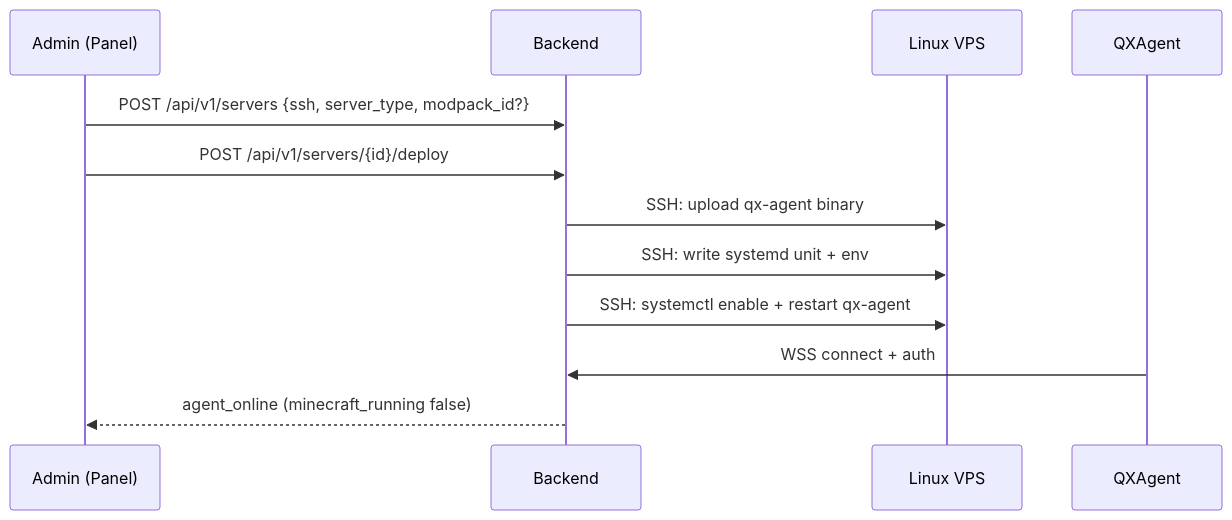
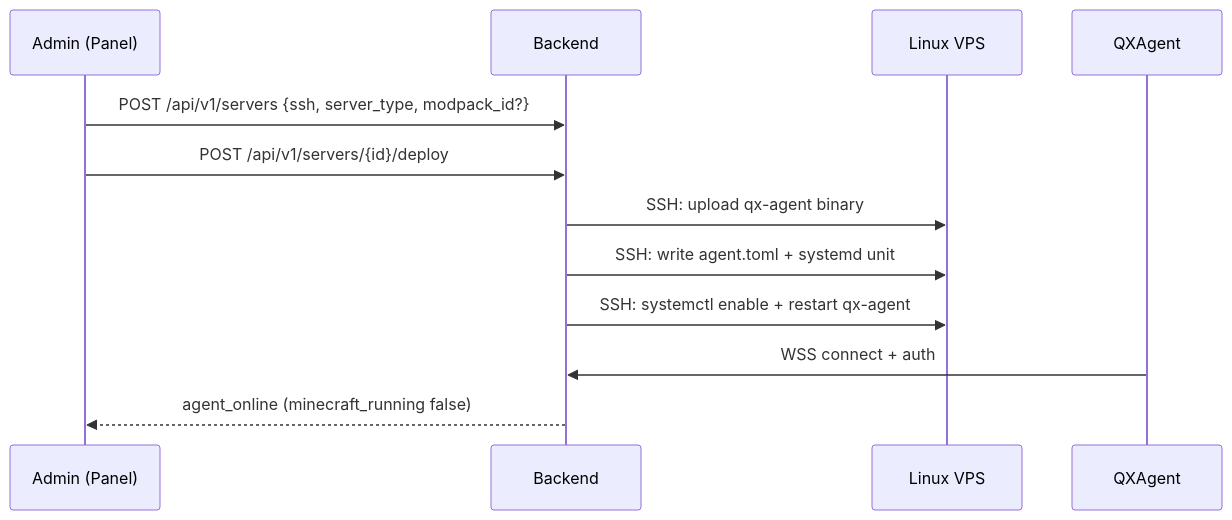
One commit to mindevis/qx-project changed the first of 2 diagrams in docs/agent-protocol.md. Above: the diagram before and after it, drawn with Mermaid. The commit also changed other lines of this file and 108 other files, not shown here.

````diff
--- a/docs/agent-protocol.md
+++ b/docs/agent-protocol.md
@@ -30,15 +31,15 @@
 ```mermaid
 sequenceDiagram
     participant U as Admin (Panel)
     participant API as Backend
     participant VPS as Linux VPS
     participant A as QXAgent
 
     U->>API: POST /api/v1/servers {ssh, server_type, modpack_id?}
     U->>API: POST /api/v1/servers/{id}/deploy
     API->>VPS: SSH: upload qx-agent binary
-    API->>VPS: SSH: write systemd unit + env
+    API->>VPS: SSH: write agent.toml + systemd unit
     API->>VPS: SSH: systemctl enable + restart qx-agent
     A->>API: WSS connect + auth
     API-->>U: agent_online (minecraft_running false)
 ```
````
